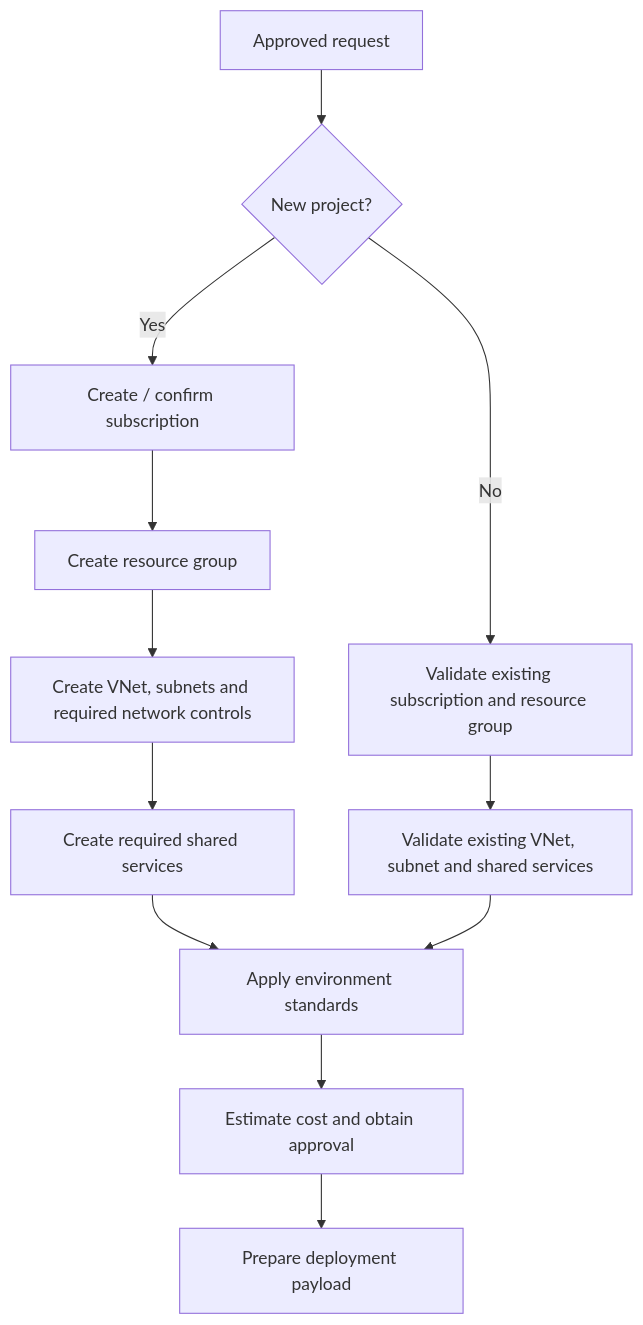
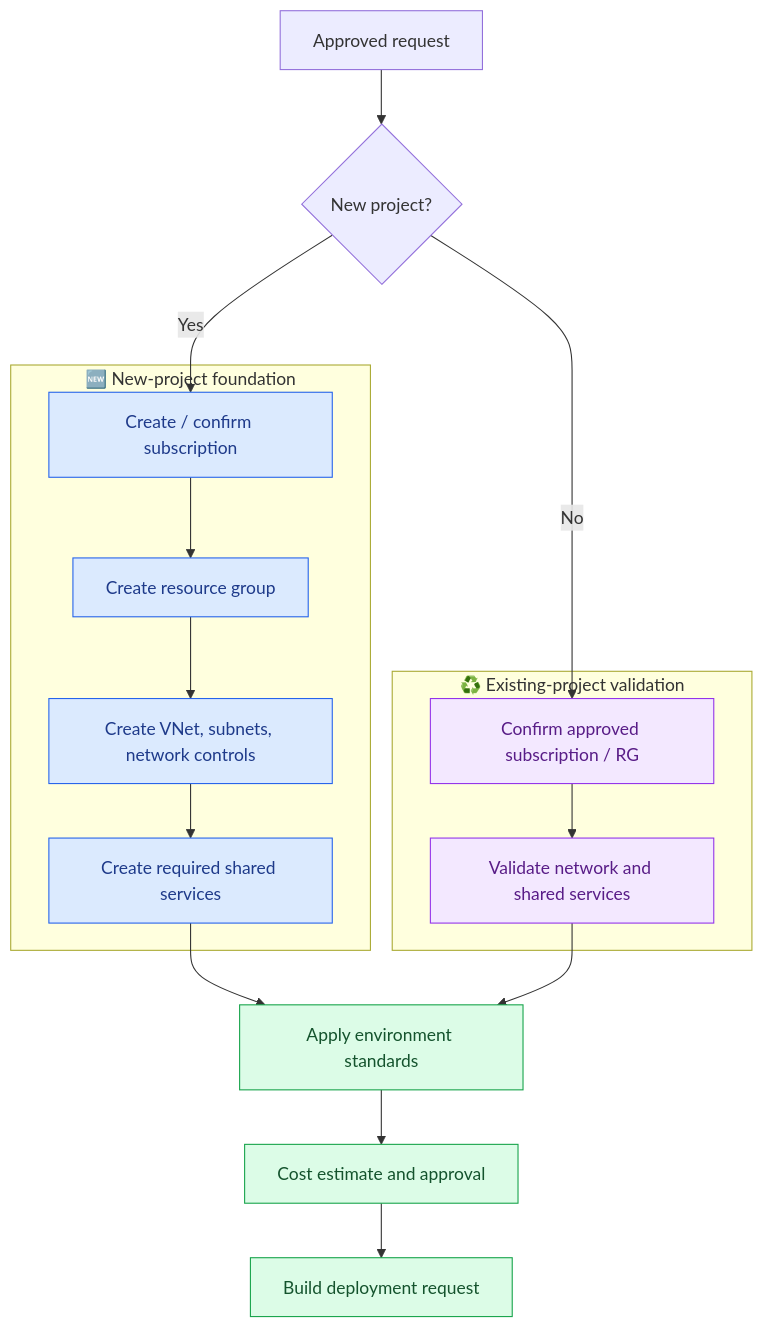
The third of 5 diagrams in README.md (OLYMPUSPRIME/GPT-BIFROST), drawn with Mermaid before and after one commit. The commit also changed other lines of this file, not shown here.

Commit message:
Redesign root README with colored Mermaid workflow diagrams

````diff
--- a/README.md
+++ b/README.md
@@ -136,14 +115,25 @@
 ```mermaid
 flowchart TD
-    A[Approved request] --> B{New project?}
-    B -->|Yes| C[Create / confirm subscription]
-    C --> D[Create resource group]
-    D --> E[Create VNet, subnets and required network controls]
-    E --> F[Create required shared services]
-    B -->|No| G[Validate existing subscription and resource group]
-    G --> H[Validate existing VNet, subnet and shared services]
-    F --> I[Apply environment standards]
-    H --> I
-    I --> J[Estimate cost and obtain approval]
-    J --> K[Prepare deployment payload]
+  A["Approved request"] --> B{"New project?"}
+  subgraph Foundation["🆕 New-project foundation"]
+    C["Create / confirm subscription"] --> D["Create resource group"]
+    D --> E["Create VNet, subnets, network controls"]
+    E --> F["Create required shared services"]
+  end
+  subgraph Existing["♻️ Existing-project validation"]
+    G["Confirm approved subscription / RG"]
+    G --> H["Validate network and shared services"]
+  end
+  B -->|Yes| C
+  B -->|No| G
+  F --> I["Apply environment standards"]
+  H --> I
+  I --> J["Cost estimate and approval"]
+  J --> K["Build deployment request"]
+  classDef foundation fill:#dbeafe,stroke:#2563eb,color:#1e3a8a;
+  classDef existing fill:#f3e8ff,stroke:#9333ea,color:#581c87;
+  classDef shared fill:#dcfce7,stroke:#16a34a,color:#14532d;
+  class C,D,E,F foundation;
+  class G,H existing;
+  class I,J,K shared;
 ```
````
